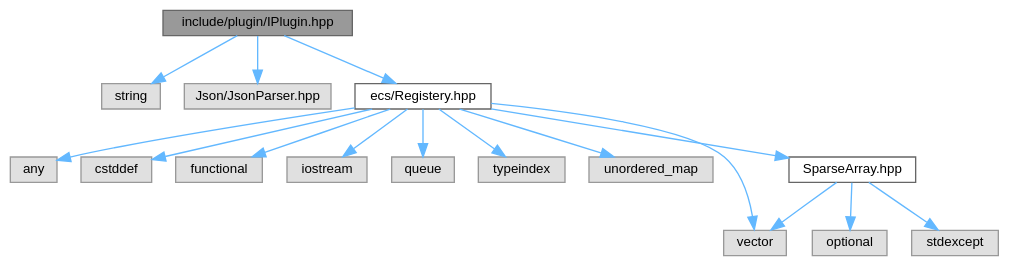
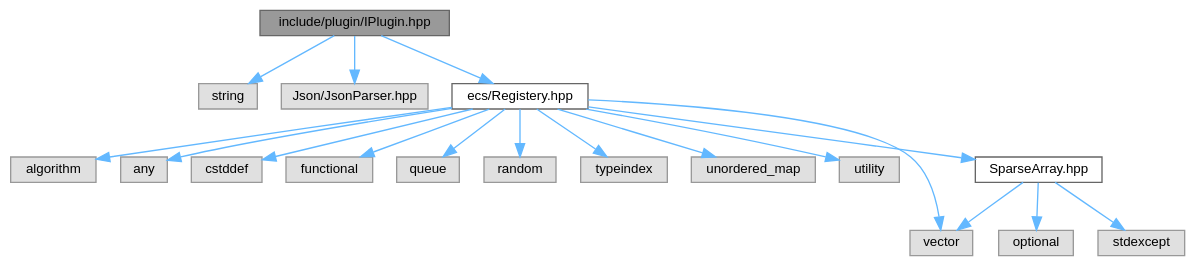
The diagram in IPlugin_8hpp__incl.dot (sami-hmr/R-Type), drawn with Graphviz before and after one commit. The commit also changed 176 other files, not shown here.

```diff
--- a/IPlugin_8hpp__incl.dot
+++ b/IPlugin_8hpp__incl.dot
@@ -1,37 +1,41 @@
 digraph "include/plugin/IPlugin.hpp"
 {
  // LATEX_PDF_SIZE
   bgcolor="transparent";
   edge [fontname=Helvetica,fontsize=10,labelfontname=Helvetica,labelfontsize=10];
   node [fontname=Helvetica,fontsize=10,shape=box,height=0.2,width=0.4];
   Node1 [id="Node000001",label="include/plugin/IPlugin.hpp",height=0.2,width=0.4,color="gray40", fillcolor="grey60", style="filled", fontcolor="black",tooltip=" "];
   Node1 -> Node2 [id="edge1_Node000001_Node000002",color="steelblue1",style="solid",tooltip=" "];
   Node2 [id="Node000002",label="string",height=0.2,width=0.4,color="grey60", fillcolor="#E0E0E0", style="filled",tooltip=" "];
   Node1 -> Node3 [id="edge2_Node000001_Node000003",color="steelblue1",style="solid",tooltip=" "];
   Node3 [id="Node000003",label="Json/JsonParser.hpp",height=0.2,width=0.4,color="grey60", fillcolor="#E0E0E0", style="filled",tooltip=" "];
   Node1 -> Node4 [id="edge3_Node000001_Node000004",color="steelblue1",style="solid",tooltip=" "];
   Node4 [id="Node000004",label="ecs/Registery.hpp",height=0.2,width=0.4,color="grey40", fillcolor="white", style="filled",URL="$Registery_8hpp.html",tooltip=" "];
   Node4 -> Node5 [id="edge4_Node000004_Node000005",color="steelblue1",style="solid",tooltip=" "];
-  Node5 [id="Node000005",label="any",height=0.2,width=0.4,color="grey60", fillcolor="#E0E0E0", style="filled",tooltip=" "];
+  Node5 [id="Node000005",label="algorithm",height=0.2,width=0.4,color="grey60", fillcolor="#E0E0E0", style="filled",tooltip=" "];
   Node4 -> Node6 [id="edge5_Node000004_Node000006",color="steelblue1",style="solid",tooltip=" "];
-  Node6 [id="Node000006",label="cstddef",height=0.2,width=0.4,color="grey60", fillcolor="#E0E0E0", style="filled",tooltip=" "];
+  Node6 [id="Node000006",label="any",height=0.2,width=0.4,color="grey60", fillcolor="#E0E0E0", style="filled",tooltip=" "];
   Node4 -> Node7 [id="edge6_Node000004_Node000007",color="steelblue1",style="solid",tooltip=" "];
-  Node7 [id="Node000007",label="functional",height=0.2,width=0.4,color="grey60", fillcolor="#E0E0E0", style="filled",tooltip=" "];
+  Node7 [id="Node000007",label="cstddef",height=0.2,width=0.4,color="grey60", fillcolor="#E0E0E0", style="filled",tooltip=" "];
   Node4 -> Node8 [id="edge7_Node000004_Node000008",color="steelblue1",style="solid",tooltip=" "];
-  Node8 [id="Node000008",label="iostream",height=0.2,width=0.4,color="grey60", fillcolor="#E0E0E0", style="filled",tooltip=" "];
+  Node8 [id="Node000008",label="functional",height=0.2,width=0.4,color="grey60", fillcolor="#E0E0E0", style="filled",tooltip=" "];
   Node4 -> Node9 [id="edge8_Node000004_Node000009",color="steelblue1",style="solid",tooltip=" "];
   Node9 [id="Node000009",label="queue",height=0.2,width=0.4,color="grey60", fillcolor="#E0E0E0", style="filled",tooltip=" "];
   Node4 -> Node10 [id="edge9_Node000004_Node000010",color="steelblue1",style="solid",tooltip=" "];
-  Node10 [id="Node000010",label="typeindex",height=0.2,width=0.4,color="grey60", fillcolor="#E0E0E0", style="filled",tooltip=" "];
+  Node10 [id="Node000010",label="random",height=0.2,width=0.4,color="grey60", fillcolor="#E0E0E0", style="filled",tooltip=" "];
   Node4 -> Node11 [id="edge10_Node000004_Node000011",color="steelblue1",style="solid",tooltip=" "];
-  Node11 [id="Node000011",label="unordered_map",height=0.2,width=0.4,color="grey60", fillcolor="#E0E0E0", style="filled",tooltip=" "];
+  Node11 [id="Node000011",label="typeindex",height=0.2,width=0.4,color="grey60", fillcolor="#E0E0E0", style="filled",tooltip=" "];
   Node4 -> Node12 [id="edge11_Node000004_Node000012",color="steelblue1",style="solid",tooltip=" "];
-  Node12 [id="Node000012",label="vector",height=0.2,width=0.4,color="grey60", fillcolor="#E0E0E0", style="filled",tooltip=" "];
+  Node12 [id="Node000012",label="unordered_map",height=0.2,width=0.4,color="grey60", fillcolor="#E0E0E0", style="filled",tooltip=" "];
   Node4 -> Node13 [id="edge12_Node000004_Node000013",color="steelblue1",style="solid",tooltip=" "];
-  Node13 [id="Node000013",label="SparseArray.hpp",height=0.2,width=0.4,color="grey40", fillcolor="white", style="filled",URL="$SparseArray_8hpp.html",tooltip=" "];
-  Node13 -> Node14 [id="edge13_Node000013_Node000014",color="steelblue1",style="solid",tooltip=" "];
-  Node14 [id="Node000014",label="optional",height=0.2,width=0.4,color="grey60", fillcolor="#E0E0E0", style="filled",tooltip=" "];
-  Node13 -> Node15 [id="edge14_Node000013_Node000015",color="steelblue1",style="solid",tooltip=" "];
-  Node15 [id="Node000015",label="stdexcept",height=0.2,width=0.4,color="grey60", fillcolor="#E0E0E0", style="filled",tooltip=" "];
-  Node13 -> Node12 [id="edge15_Node000013_Node000012",color="steelblue1",style="solid",tooltip=" "];
+  Node13 [id="Node000013",label="utility",height=0.2,width=0.4,color="grey60", fillcolor="#E0E0E0", style="filled",tooltip=" "];
+  Node4 -> Node14 [id="edge13_Node000004_Node000014",color="steelblue1",style="solid",tooltip=" "];
+  Node14 [id="Node000014",label="vector",height=0.2,width=0.4,color="grey60", fillcolor="#E0E0E0", style="filled",tooltip=" "];
+  Node4 -> Node15 [id="edge14_Node000004_Node000015",color="steelblue1",style="solid",tooltip=" "];
+  Node15 [id="Node000015",label="SparseArray.hpp",height=0.2,width=0.4,color="grey40", fillcolor="white", style="filled",URL="$SparseArray_8hpp.html",tooltip=" "];
+  Node15 -> Node16 [id="edge15_Node000015_Node000016",color="steelblue1",style="solid",tooltip=" "];
+  Node16 [id="Node000016",label="optional",height=0.2,width=0.4,color="grey60", fillcolor="#E0E0E0", style="filled",tooltip=" "];
+  Node15 -> Node17 [id="edge16_Node000015_Node000017",color="steelblue1",style="solid",tooltip=" "];
+  Node17 [id="Node000017",label="stdexcept",height=0.2,width=0.4,color="grey60", fillcolor="#E0E0E0", style="filled",tooltip=" "];
+  Node15 -> Node14 [id="edge17_Node000015_Node000014",color="steelblue1",style="solid",tooltip=" "];
 }
```
